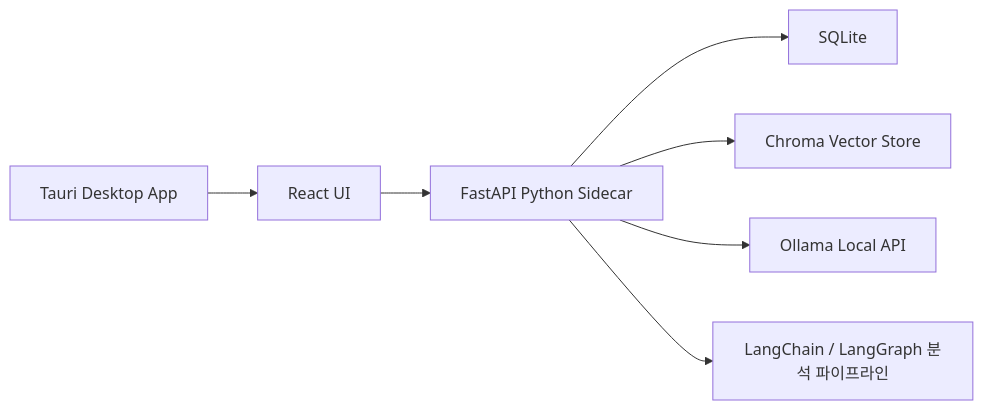
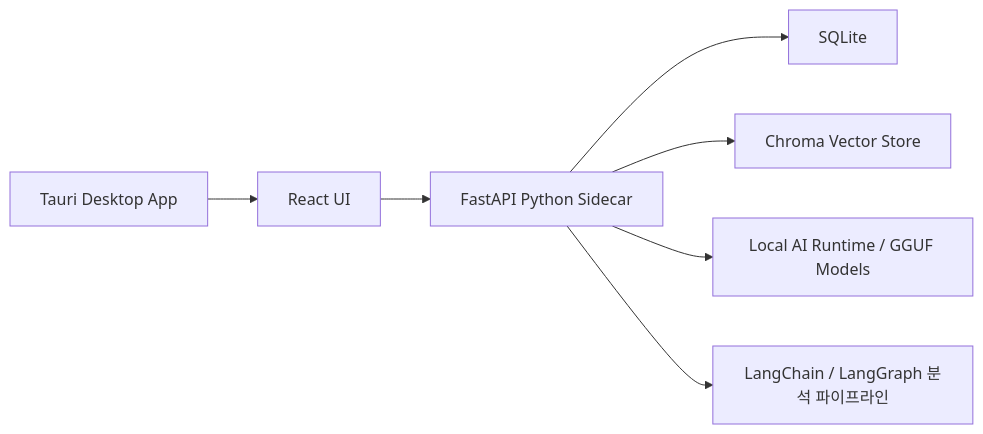
The first of 2 diagrams in README.md (junglehackerton/story-guard-desktop-app), drawn with Mermaid before and after one commit. The commit also changed other lines of this file and 26 other files, not shown here.

````diff
--- a/README.md
+++ b/README.md
@@ -31,9 +31,9 @@
 ```mermaid
 flowchart LR
   A["Tauri Desktop App"] --> B["React UI"]
   B --> C["FastAPI Python Sidecar"]
   C --> D["SQLite"]
   C --> E["Chroma Vector Store"]
-  C --> F["Ollama Local API"]
+  C --> F["Local AI Runtime / GGUF Models"]
   C --> G["LangChain / LangGraph 분석 파이프라인"]
 ```
````
